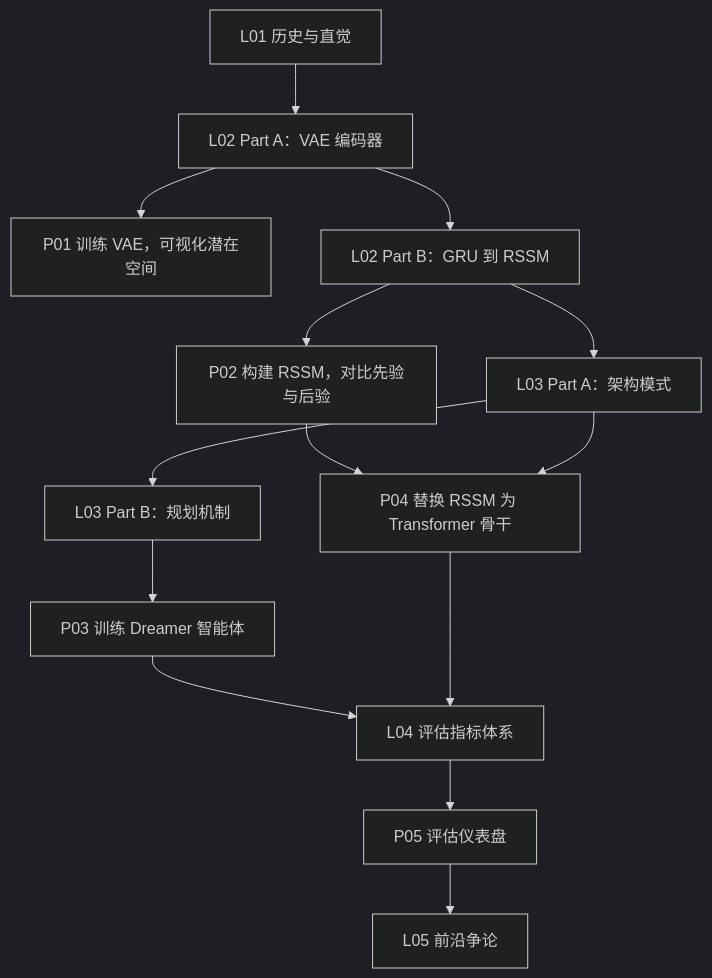
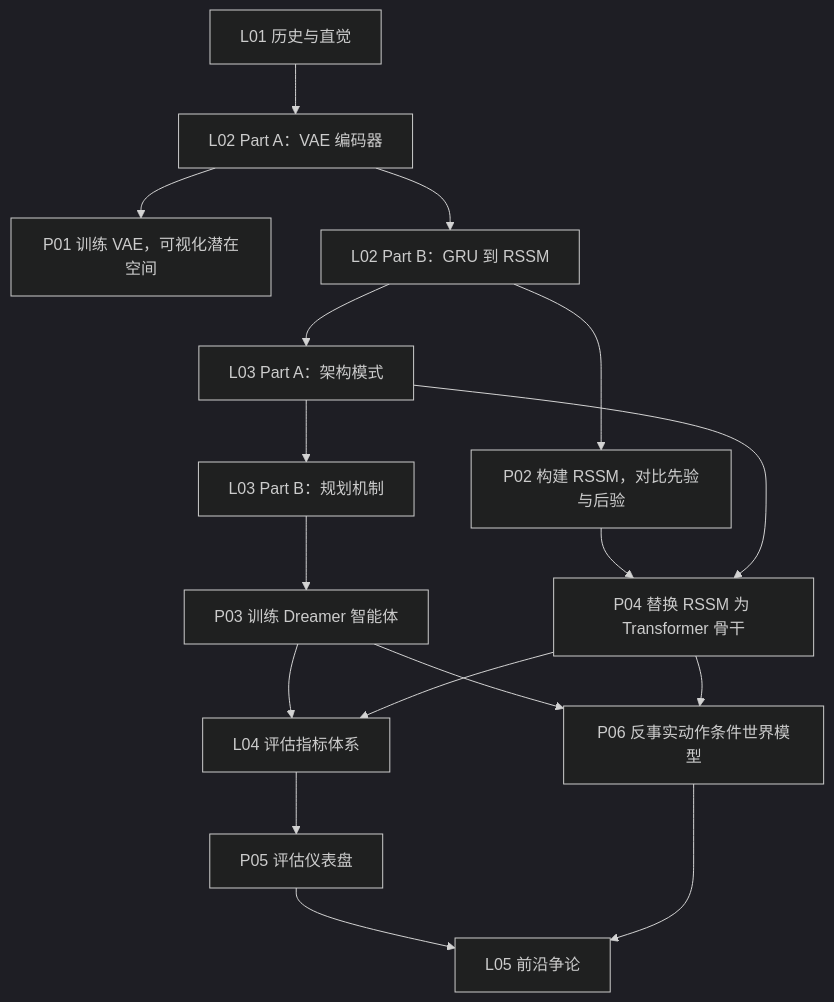
One commit to datawhalechina/learn-world-model changed the diagram in README-CN.md. Above: the diagram before and after it, drawn with Mermaid (dark theme). The commit also changed other lines of this file and 1 other file, not shown here.

````diff
--- a/README-CN.md
+++ b/README-CN.md
@@ -61,15 +62,17 @@
 ```mermaid
 flowchart TD
     L01["L01 历史与直觉"] --> L02A
     L02A["L02 Part A：VAE 编码器"] --> P01["P01 训练 VAE，可视化潜在空间"]
     L02A --> L02B["L02 Part B：GRU 到 RSSM"]
     L02B --> P02["P02 构建 RSSM，对比先验与后验"]
     L02B --> L03A["L03 Part A：架构模式"]
     L03A --> L03B["L03 Part B：规划机制"]
     L03B --> P03["P03 训练 Dreamer 智能体"]
     P02 --> P04["P04 替换 RSSM 为 Transformer 骨干"]
     L03A --> P04
     P03 & P04 --> L04["L04 评估指标体系"]
     L04 --> P05["P05 评估仪表盘"]
+    P03 & P04 --> P06["P06 反事实动作条件世界模型"]
     P05 --> L05["L05 前沿争论"]
+    P06 --> L05
 ```
````
